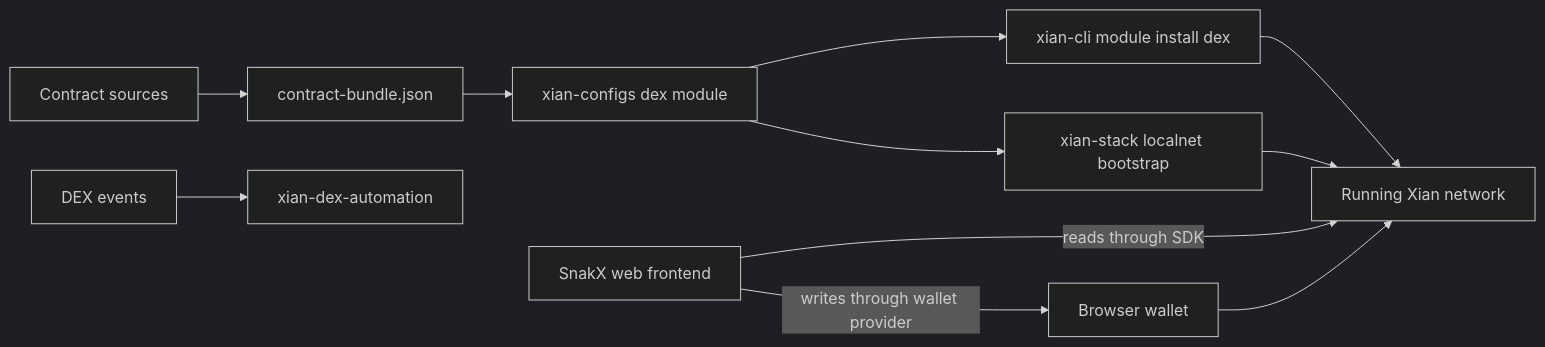
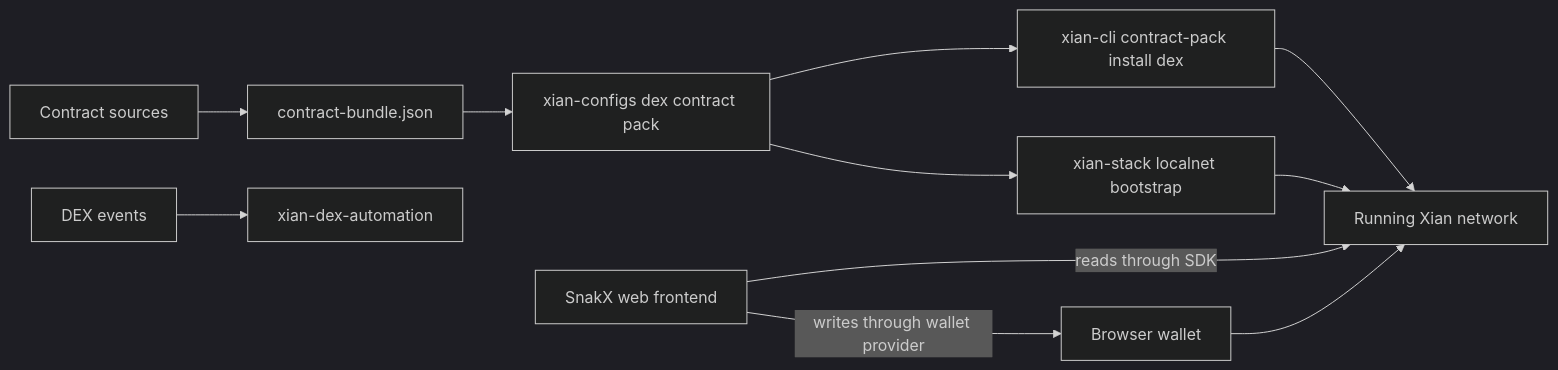
One commit to xian-technology/xian-dex changed the diagram in README.md. Above: the diagram before and after it, drawn with Mermaid (dark theme). The commit also changed other lines of this file and 2 other files, not shown here.

Commit message:
add dex invariant coverage

````diff
--- a/README.md
+++ b/README.md
@@ -15,13 +15,13 @@
 ```mermaid
 flowchart LR
   Source["Contract sources"] --> Bundle["contract-bundle.json"]
-  Bundle --> Configs["xian-configs dex module"]
-  Configs --> CLI["xian-cli module install dex"]
+  Bundle --> Configs["xian-configs dex contract pack"]
+  Configs --> CLI["xian-cli contract-pack install dex"]
   Configs --> Stack["xian-stack localnet bootstrap"]
   CLI --> Chain["Running Xian network"]
   Stack --> Chain
   Web["SnakX web frontend"] -->|reads through SDK| Chain
   Web -->|writes through wallet provider| Wallet["Browser wallet"]
   Wallet --> Chain
   Events["DEX events"] --> Automation["xian-dex-automation"]
 ```
````
